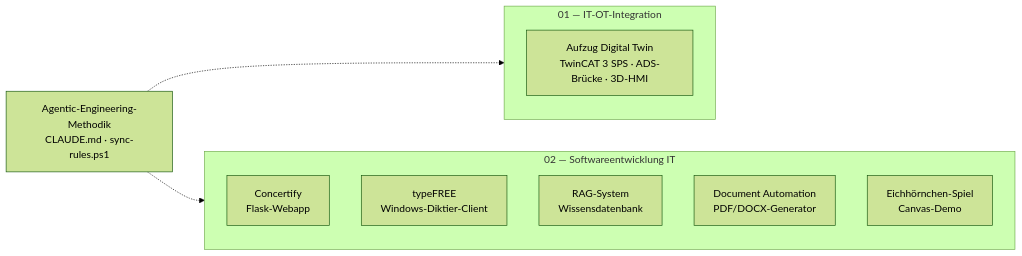
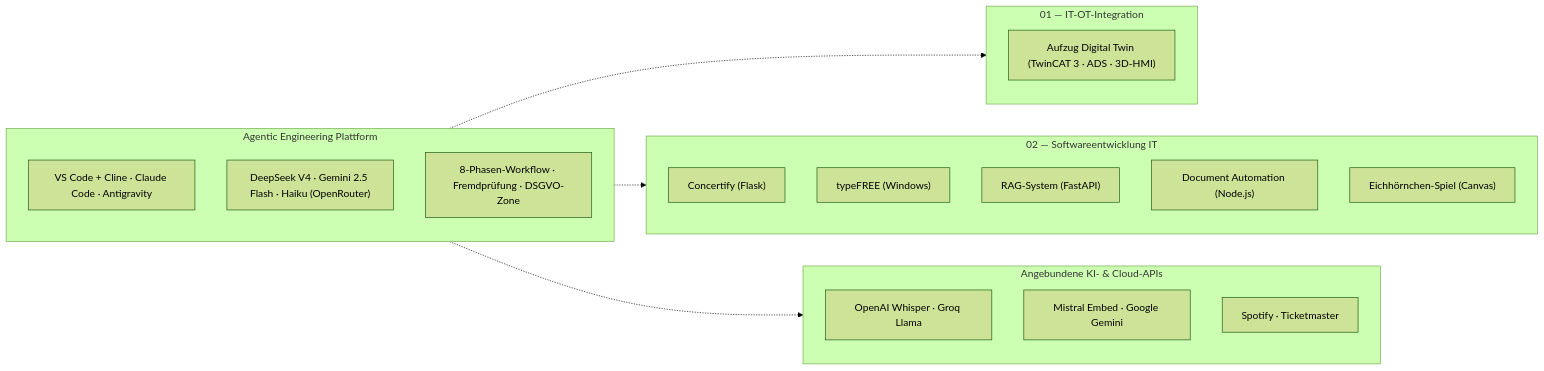
Before and after one commit to HeartledAgentEngineer/it-ot-agentic-engineering: the diagram in README.md, drawn with Mermaid (forest theme). The commit also changed other lines of this file, not shown here.

Commit message:
Readme-Optimierung: Diagramm repariert, Methodik-Abschnitt mit persönlicher Reise aktualisiert, OpenRouter/DSGVO als zentrales Feature hervorgehoben

````diff
--- a/README.md
+++ b/README.md
@@ -32,15 +32,30 @@
 ```mermaid
-flowchart LR
+graph LR
     subgraph OT["01 — IT-OT-Integration"]
-        Elevator["Aufzug Digital Twin<br/>TwinCAT 3 SPS · ADS-Brücke · 3D-HMI"]
+        E["Aufzug Digital Twin (TwinCAT 3 · ADS · 3D-HMI)"]
     end
+
     subgraph IT["02 — Softwareentwicklung IT"]
-        Concertify["Concertify<br/>Flask-Webapp"]
-        TypeFree["typeFREE<br/>Windows-Diktier-Client"]
-        RAG["RAG-System<br/>Wissensdatenbank"]
-        DocAuto["Document Automation<br/>PDF/DOCX-Generator"]
-        Spiel["Eichhörnchen-Spiel<br/>Canvas-Demo"]
+        C["Concertify (Flask)"]
+        T["typeFREE (Windows)"]
+        R["RAG-System (FastAPI)"]
+        D["Document Automation (Node.js)"]
+        S["Eichhörnchen-Spiel (Canvas)"]
     end
-    Methodik["Agentic-Engineering-Methodik<br/>CLAUDE.md · sync-rules.ps1"] -.-> OT
-    Methodik -.-> IT
+
+    subgraph APIs["Angebundene KI- & Cloud-APIs"]
+        WA["OpenAI Whisper · Groq Llama"]
+        VA["Mistral Embed · Google Gemini"]
+        SA["Spotify · Ticketmaster"]
+    end
+
+    subgraph AE["Agentic Engineering Plattform"]
+        CLI["VS Code + Cline · Claude Code · Antigravity"]
+        MOD["DeepSeek V4 · Gemini 2.5 Flash · Haiku (OpenRouter)"]
+        WF["8-Phasen-Workflow · Fremdprüfung · DSGVO-Zone"]
+    end
+
+    AE -.-> OT
+    AE -.-> IT
+    AE -.-> APIs
 ```
````
